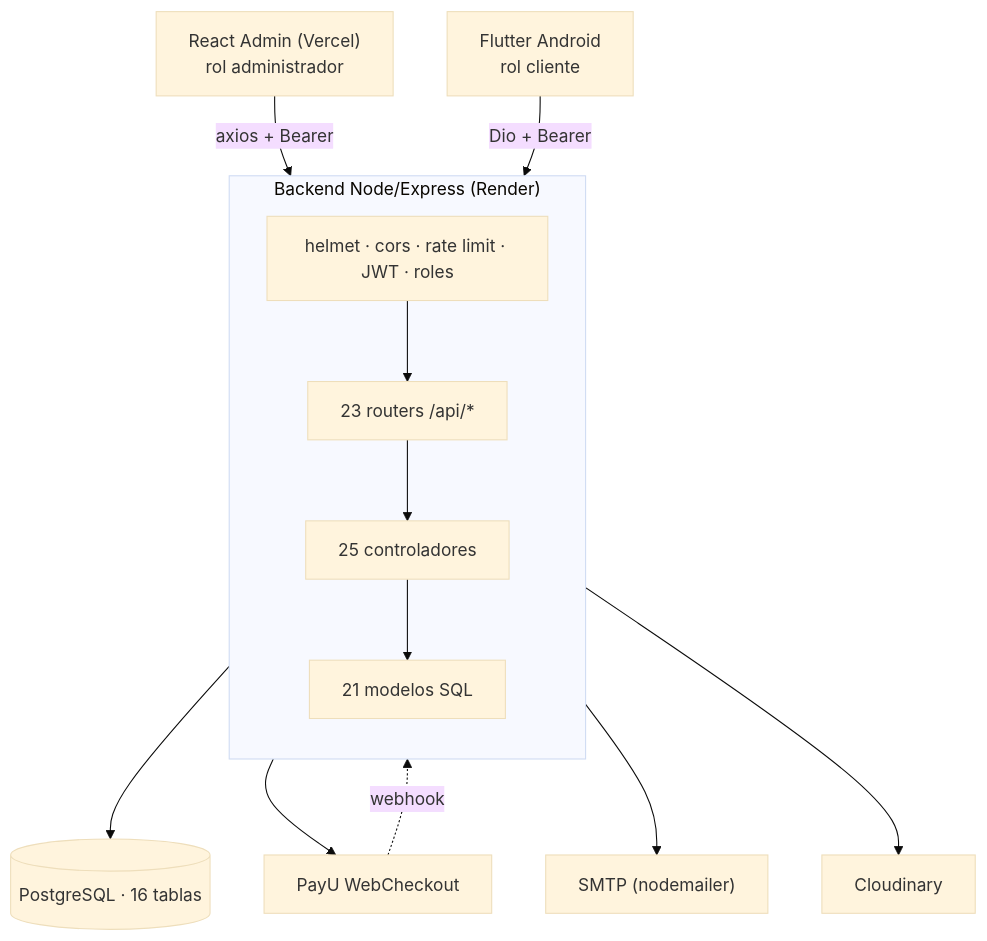
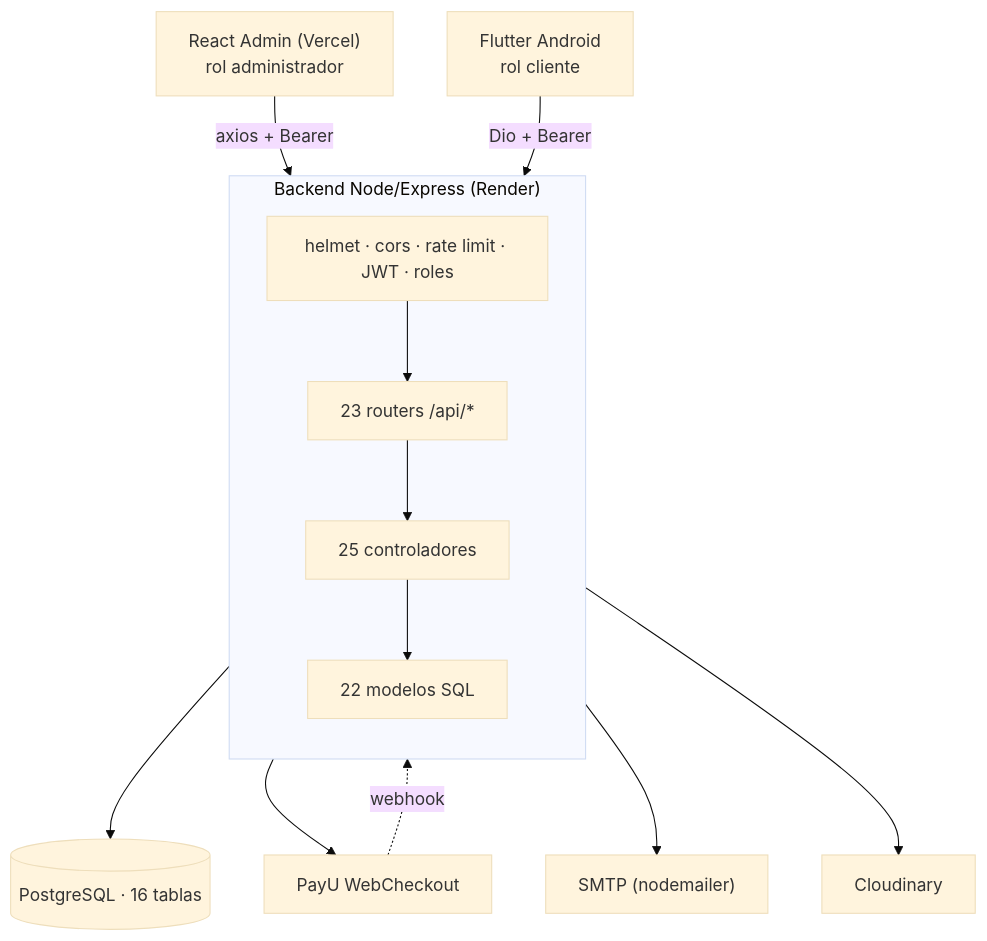
One commit to jimenezvegaedinson7-dot/librer-a changed the diagram in docs/architecture/graphs/general-architecture.mmd. Above: the diagram before and after it, drawn with Mermaid (base theme). The commit also changed 48 other files, not shown here.

```diff
--- a/docs/architecture/graphs/general-architecture.mmd
+++ b/docs/architecture/graphs/general-architecture.mmd
@@ -1,19 +1,19 @@
-%% Generado 2026-10-04 desde el código real (actualizar-mapa.mjs)
+%% Generado 2026-10-06 desde el código real (actualizar-mapa.mjs)
 flowchart TB
     DB[("PostgreSQL · 16 tablas")]
     subgraph API["Backend Node/Express (Render)"]
         direction TB
         MW["helmet · cors · rate limit · JWT · roles"]
         R["23 routers /api/*"]
         C["25 controladores"]
-        M["21 modelos SQL"]
+        M["22 modelos SQL"]
         MW --> R --> C --> M
     end
     M --> DB
     EXT1["PayU WebCheckout"]
     EXT2["SMTP (nodemailer)"]
     EXT3["Cloudinary"]
     C --> EXT1 & EXT2 & EXT3
     EXT1 -. webhook .-> R
     REACT["React Admin (Vercel)<br/>rol administrador"] -->|"axios + Bearer"| MW
     FLUTTER["Flutter Android<br/>rol cliente"] -->|"Dio + Bearer"| MW
```
